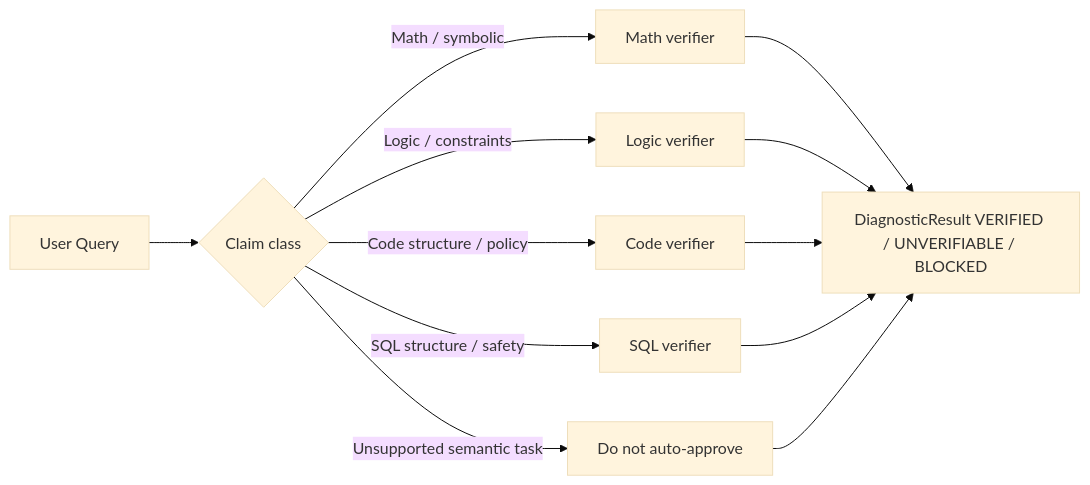
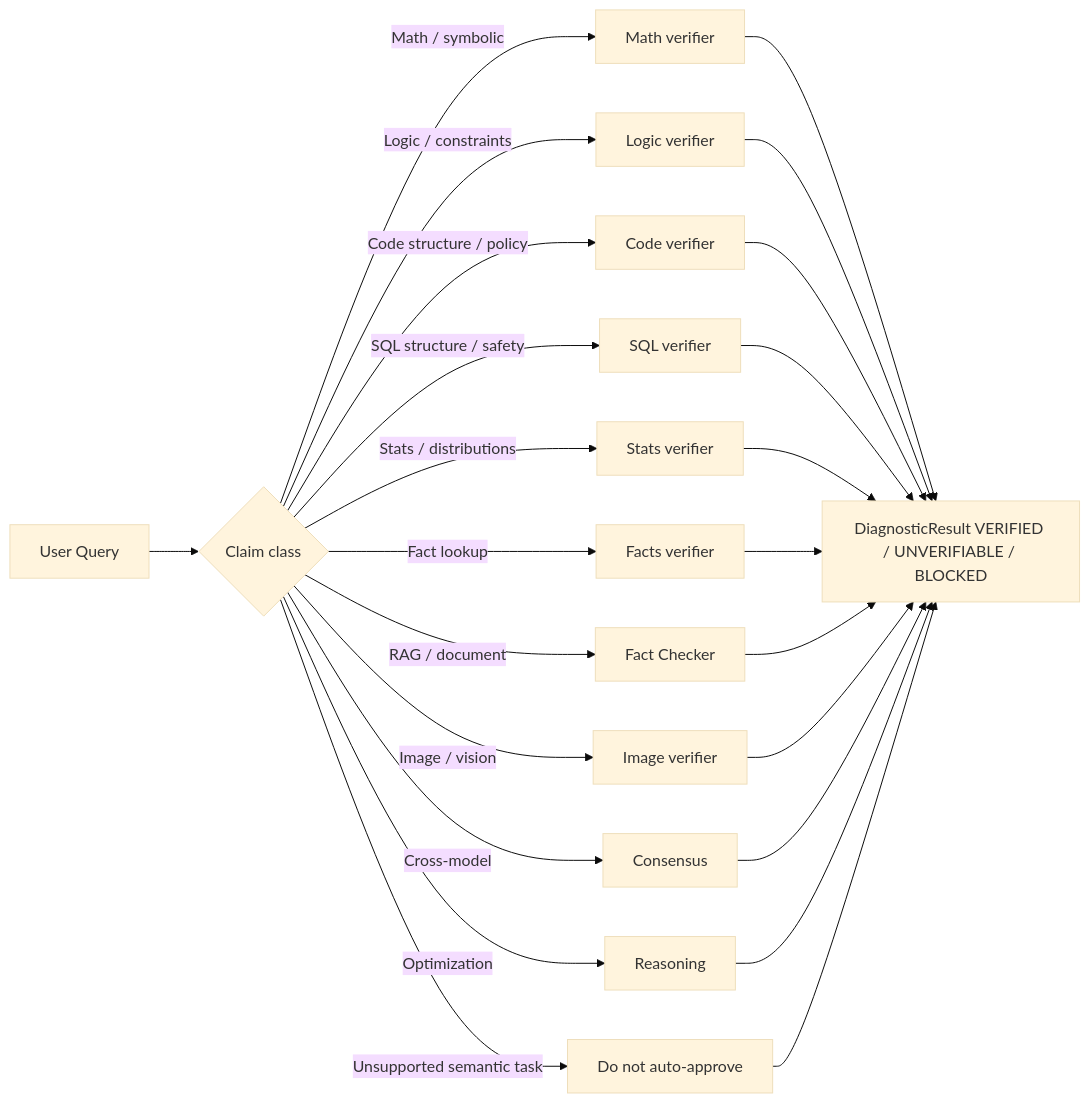
The second of 5 diagrams in ARCHITECTURE.md (QWED-AI/qwed-learning), drawn with Mermaid (base theme) before and after one commit. The commit also changed other lines of this file and 11 other files, not shown here.

Commit message:
fix: harmonize versions to 5.2.0, update ARCHITECTURE.md engine/guard counts, archive stale docs (#9)

````diff
--- a/ARCHITECTURE.md
+++ b/ARCHITECTURE.md
@@ -89,16 +121,28 @@
 ```mermaid
 graph LR
     A["User Query"] --> B{"Claim class"}
 
     B -->|Math / symbolic| C["Math verifier"]
     B -->|Logic / constraints| D["Logic verifier"]
     B -->|Code structure / policy| E["Code verifier"]
     B -->|SQL structure / safety| F["SQL verifier"]
-    B -->|Unsupported semantic task| G["Do not auto-approve"]
+    B -->|Stats / distributions| G["Stats verifier"]
+    B -->|Fact lookup| H["Facts verifier"]
+    B -->|RAG / document| I["Fact Checker"]
+    B -->|Image / vision| J["Image verifier"]
+    B -->|Cross-model| K["Consensus"]
+    B -->|Optimization| L["Reasoning"]
+    B -->|Unsupported semantic task| M["Do not auto-approve"]
 
-    C --> H["DiagnosticResult VERIFIED / UNVERIFIABLE / BLOCKED"]
-    D --> H
-    E --> H
-    F --> H
-    G --> H
+    C --> N["DiagnosticResult VERIFIED / UNVERIFIABLE / BLOCKED"]
+    D --> N
+    E --> N
+    F --> N
+    G --> N
+    H --> N
+    I --> N
+    J --> N
+    K --> N
+    L --> N
+    M --> N
 ```
````
